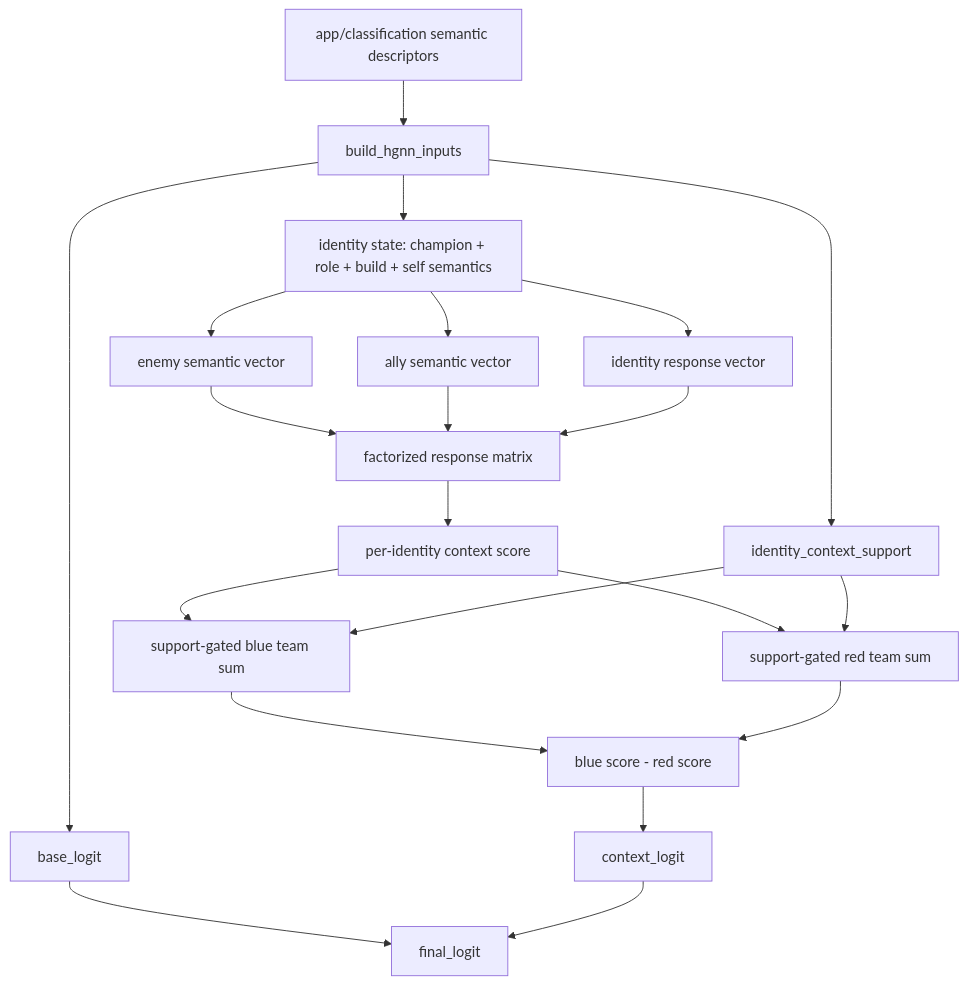
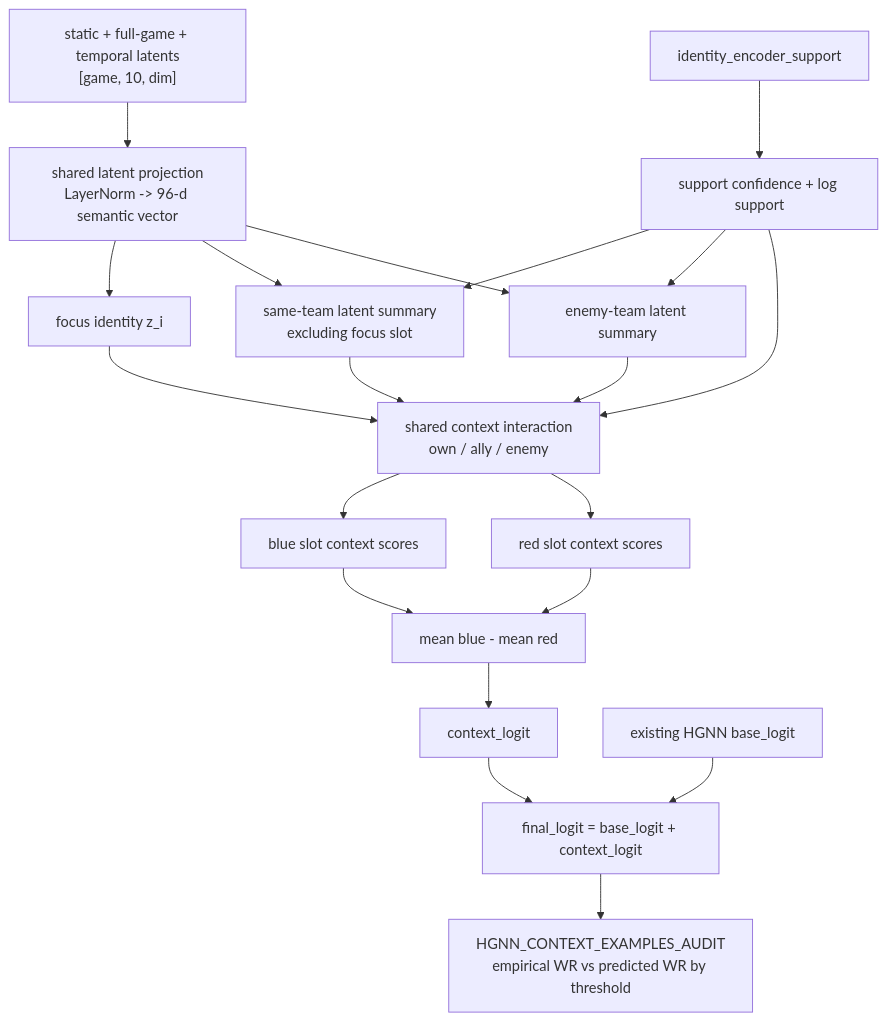
Before and after one commit to JackLGZimmerman/riot-api-ecosystem: the second of 2 diagrams in app/ml/documentation/HGNN_CURRENT.md, drawn with Mermaid. The commit also changed other lines of this file and 43 other files, not shown here.

````diff
--- a/app/ml/documentation/HGNN_CURRENT.md
+++ b/app/ml/documentation/HGNN_CURRENT.md
@@ -53,27 +82,27 @@
 ```mermaid
 flowchart TD
-    classification["app/classification semantic descriptors"] --> inputs["build_hgnn_inputs"]
-    inputs --> state["identity state: champion + role + build + self semantics"]
-    inputs --> support["identity_context_support"]
-    inputs --> base["base_logit"]
+    sidecars["static + full-game + temporal latents<br/>[game, 10, dim]"] --> proj["shared latent projection<br/>LayerNorm -> 96-d semantic vector"]
+    support["identity_encoder_support"] --> gate["support confidence + log support"]
 
-    state --> ally["ally semantic vector"]
-    state --> enemy["enemy semantic vector"]
-    state --> idview["identity response vector"]
+    proj --> own["focus identity z_i"]
+    proj --> allies["same-team latent summary<br/>excluding focus slot"]
+    proj --> enemies["enemy-team latent summary"]
 
-    enemy --> matrix["factorized response matrix"]
-    ally --> matrix
-    idview --> matrix
+    gate --> allies
+    gate --> enemies
+    gate --> score
 
-    matrix --> player_score["per-identity context score"]
-    player_score --> blue_score["support-gated blue team sum"]
-    player_score --> red_score["support-gated red team sum"]
-    support --> blue_score
-    support --> red_score
+    own --> score["shared context interaction<br/>own / ally / enemy"]
+    allies --> score
+    enemies --> score
 
-    blue_score --> diff["blue score - red score"]
-    red_score --> diff
-    diff --> contextlogit["context_logit"]
-    base --> final["final_logit"]
-    contextlogit --> final
+    score --> blue["blue slot context scores"]
+    score --> red["red slot context scores"]
+    blue --> diff["mean blue - mean red"]
+    red --> diff
+    diff --> context["context_logit"]
+    base["existing HGNN base_logit"] --> final["final_logit = base_logit + context_logit"]
+    context --> final
+
+    final --> audit["HGNN_CONTEXT_EXAMPLES_AUDIT<br/>empirical WR vs predicted WR by threshold"]
 ```
````
